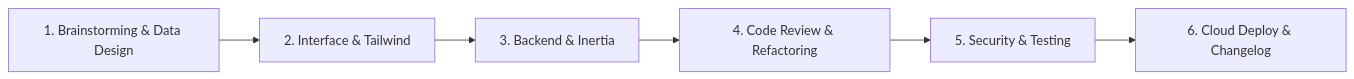
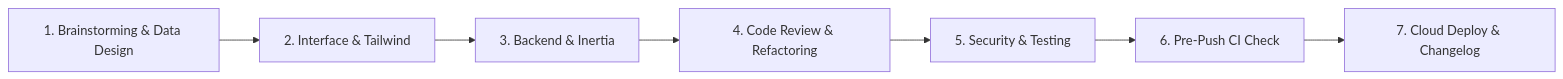
Before and after one commit to ANONIMUS-B/laravel-agents-skills: the diagram in README.md, drawn with Mermaid. The commit also changed other lines of this file, not shown here.

Commit message:
docs: actualizar README con flujo pre-push y detalles de VitePlus/PHPStan

````diff
--- a/README.md
+++ b/README.md
@@ -72,8 +72,9 @@
 ```mermaid
 flowchart LR
     A[1. Brainstorming & Data Design] --> B[2. Interface & Tailwind]
     B --> C[3. Backend & Inertia]
     C --> D[4. Code Review & Refactoring]
     D --> E[5. Security & Testing]
-    E --> F[6. Cloud Deploy & Changelog]
+    E --> F[6. Pre-Push CI Check]
+    F --> G[7. Cloud Deploy & Changelog]
 ```
````
